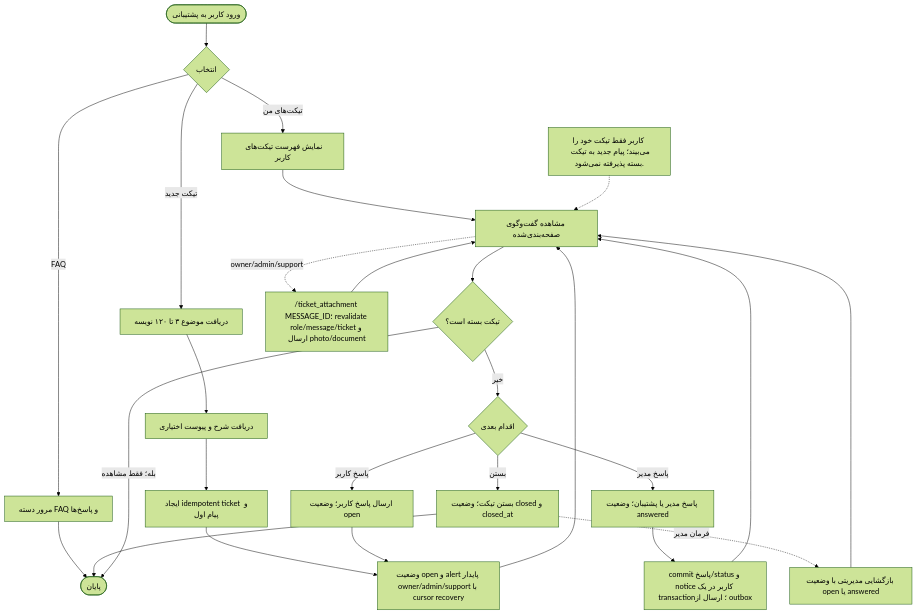
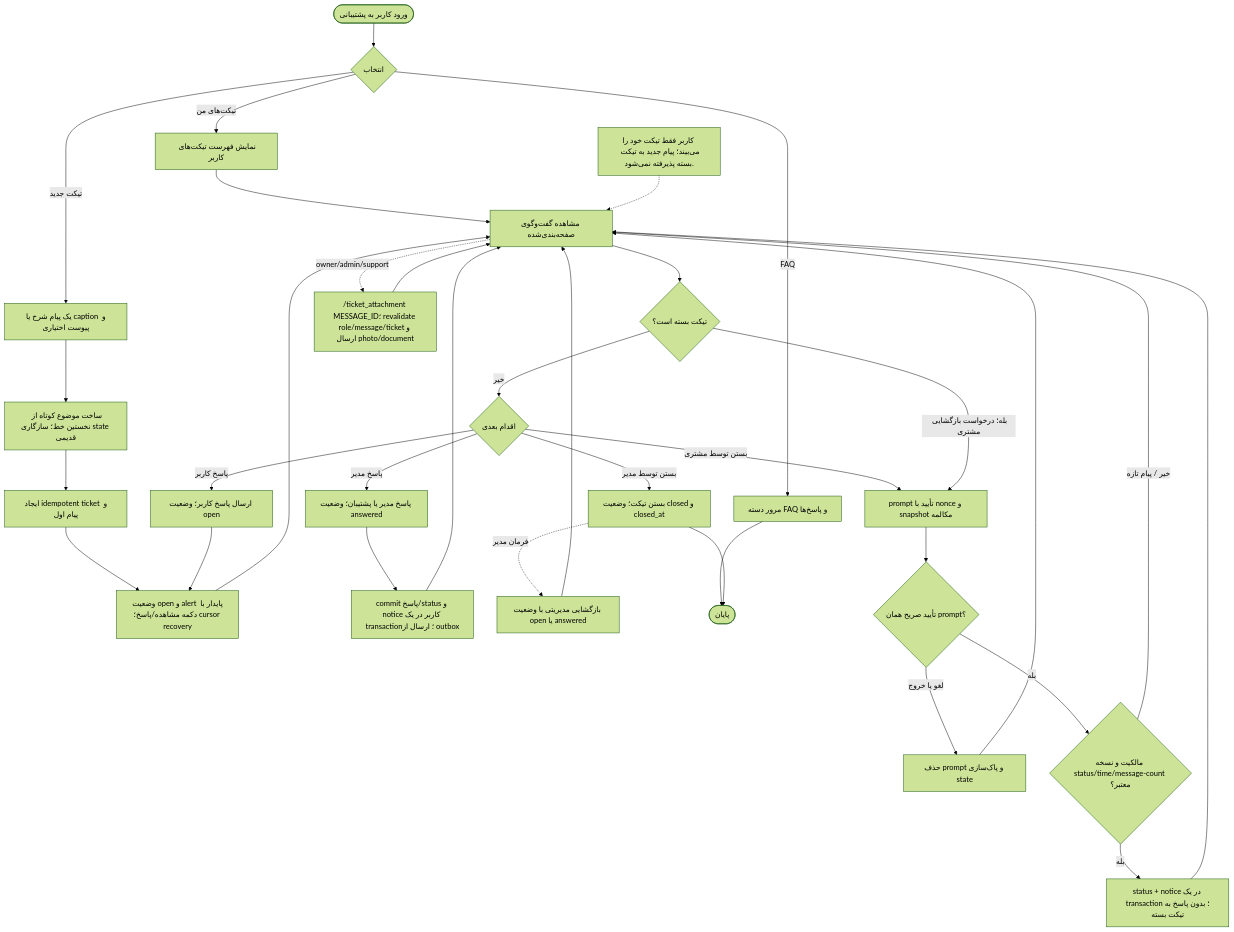
Before and after one commit to mohamadkheiry/aibotTelegram: the diagram in docs/diagrams/11-activity-support-ticket.mmd, drawn with Mermaid (forest theme). The commit also changed 46 other files, not shown here.

```diff
--- a/docs/diagrams/11-activity-support-ticket.mmd
+++ b/docs/diagrams/11-activity-support-ticket.mmd
@@ -1,35 +1,41 @@
 flowchart TD
     A(["ورود کاربر به پشتیبانی"])
     B{"انتخاب"}
     C["مرور دسته FAQ و پاسخ‌ها"]
     D["نمایش فهرست تیکت‌های کاربر"]
-    E["دریافت موضوع ۳ تا ۱۲۰ نویسه"]
-    F["دریافت شرح و پیوست اختیاری"]
+    E["یک پیام شرح یا caption و پیوست اختیاری"]
+    F["ساخت موضوع کوتاه از نخستین خط؛ سازگاری state قدیمی"]
     G["ایجاد idempotent ticket و پیام اول"]
-    H["وضعیت open و alert پایدار owner/admin/support با cursor recovery"]
+    H["وضعیت open و alert پایدار با دکمه مشاهده/پاسخ؛ cursor recovery"]
     I["مشاهده گفت‌وگوی صفحه‌بندی‌شده"]
     J{"تیکت بسته است؟"}
     K["ارسال پاسخ کاربر؛ وضعیت open"]
     L["پاسخ مدیر یا پشتیبان؛ وضعیت answered"]
     M["commit پاسخ/status و notice کاربر در یک transaction؛ ارسال از outbox"]
     N{"اقدام بعدی"}
     O["بستن تیکت؛ وضعیت closed و closed_at"]
     P["بازگشایی مدیریتی با وضعیت open یا answered"]
     R["/ticket_attachment MESSAGE_ID؛ revalidate role/message/ticket و ارسال photo/document"]
     Z(["پایان"])
 
     A --> B
     B -->|"FAQ"| C --> Z
     B -->|"تیکت‌های من"| D --> I
     B -->|"تیکت جدید"| E --> F --> G --> H --> I
     I --> J
     J -->|"خیر"| N
     N -->|"پاسخ کاربر"| K --> H
     N -->|"پاسخ مدیر"| L --> M --> I
-    N -->|"بستن"| O --> Z
-    J -->|"بله؛ فقط مشاهده"| Z
+    N -->|"بستن توسط مدیر"| O --> Z
+    N -->|"بستن توسط مشتری"| Confirm
+    J -->|"بله؛ درخواست بازگشایی مشتری"| Confirm
+    Confirm["prompt تأیید با nonce و snapshot مکالمه"] --> Choice{"تأیید صریح همان prompt؟"}
+    Choice -->|"لغو یا خروج"| Cancel["حذف prompt و پاک‌سازی state"] --> I
+    Choice -->|"بله"| Guard{"مالکیت و نسخه status/time/message-count معتبر؟"}
+    Guard -->|"خیر / پیام تازه"| I
+    Guard -->|"بله"| Atomic["status + notice در یک transaction؛ بدون پاسخ به تیکت بسته"] --> I
     O -.->|"فرمان مدیر"| P --> I
     I -.->|"owner/admin/support"| R --> I
 
     Access["کاربر فقط تیکت خود را می‌بیند؛ پیام جدید به تیکت بسته پذیرفته نمی‌شود."]
     Access -.-> I
```
